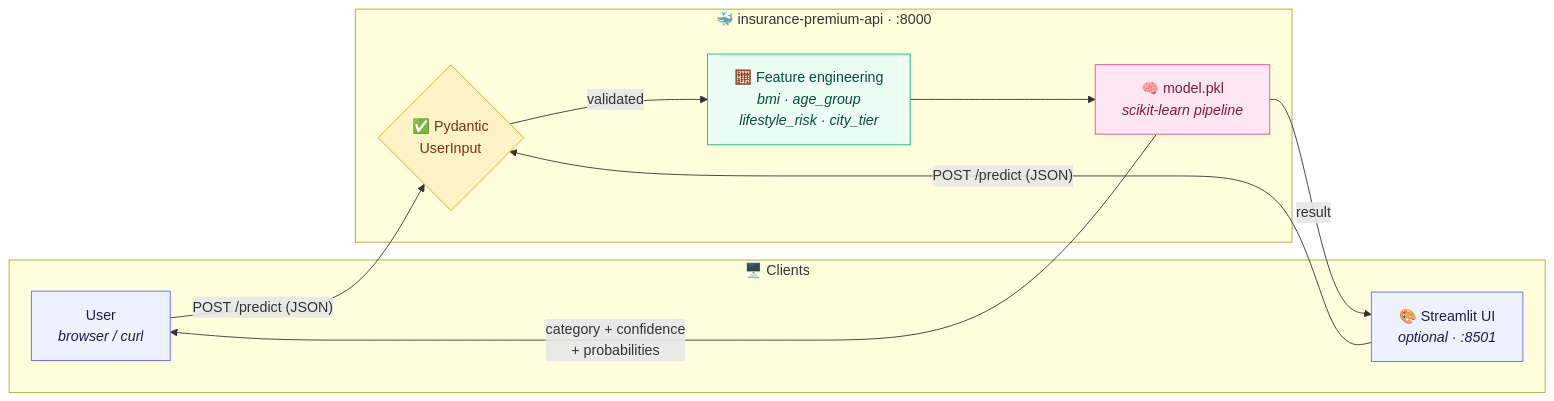
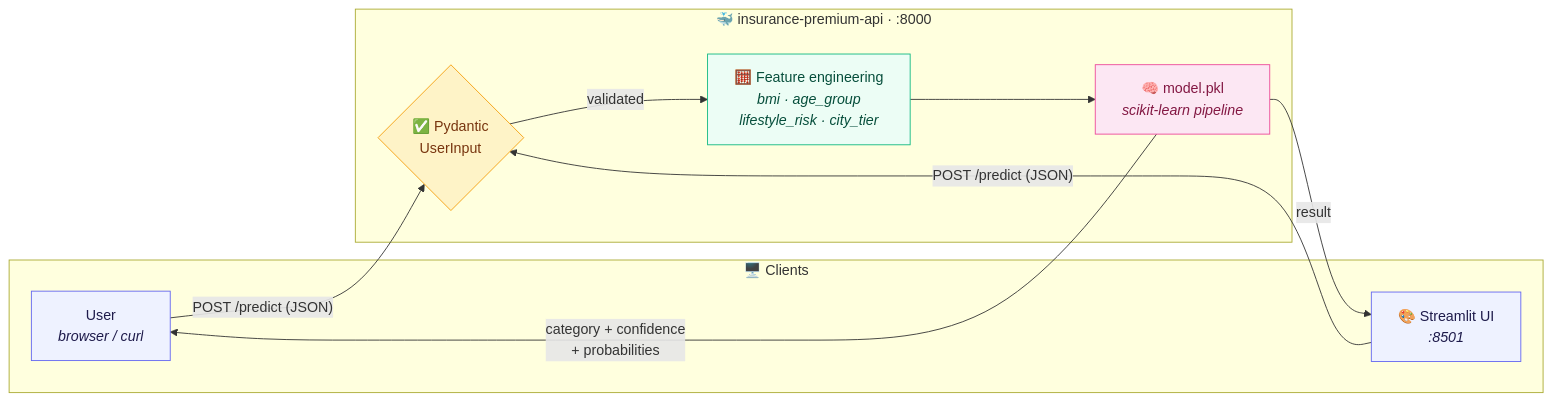
One commit to Amith-Ganta/FastAPI-ML-Docker-AWS changed the first of 3 diagrams in README.md. Above: the diagram before and after it, drawn with Mermaid. The commit also changed other lines of this file and 7 other files, not shown here.

````diff
--- a/README.md
+++ b/README.md
@@ -73,29 +94,29 @@
 ```mermaid
 flowchart LR
     subgraph CLIENT["🖥️ Clients"]
         USER["User<br/><i>browser / curl</i>"]
-        FE["🎨 Streamlit UI<br/><i>optional · :8501</i>"]
+        FE["🎨 Streamlit UI<br/><i>:8501</i>"]
     end
 
     subgraph IMG["🐳 insurance-premium-api · :8000"]
         VAL{"✅ Pydantic<br/>UserInput"}
         FEAT["🧮 Feature engineering<br/><i>bmi · age_group<br/>lifestyle_risk · city_tier</i>"]
         MODEL["🧠 model.pkl<br/><i>scikit-learn pipeline</i>"]
     end
 
     USER -- "POST /predict (JSON)" --> VAL
     FE -- "POST /predict (JSON)" --> VAL
     VAL -- "validated" --> FEAT
     FEAT --> MODEL
     MODEL -- "category + confidence<br/>+ probabilities" --> USER
     MODEL -- "result" --> FE
 
     classDef client fill:#EEF2FF,stroke:#6366F1,stroke-width:1px,color:#1E1B4B;
     classDef gate fill:#FEF3C7,stroke:#F59E0B,stroke-width:1px,color:#78350F;
     classDef svc fill:#ECFDF5,stroke:#10B981,stroke-width:1px,color:#064E3B;
     classDef store fill:#FCE7F3,stroke:#EC4899,stroke-width:1px,color:#831843;
     class USER,FE client;
     class VAL gate;
     class FEAT svc;
     class MODEL store;
 ```
````
